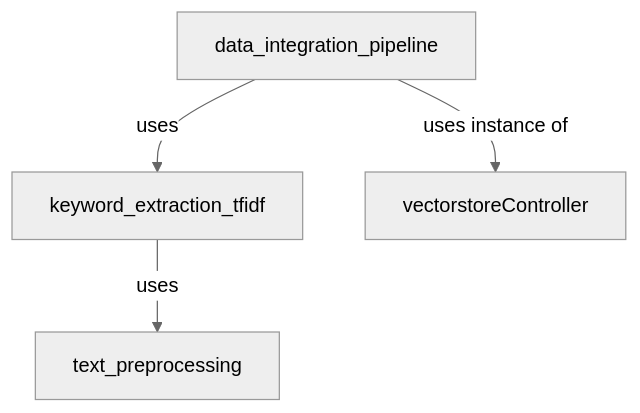
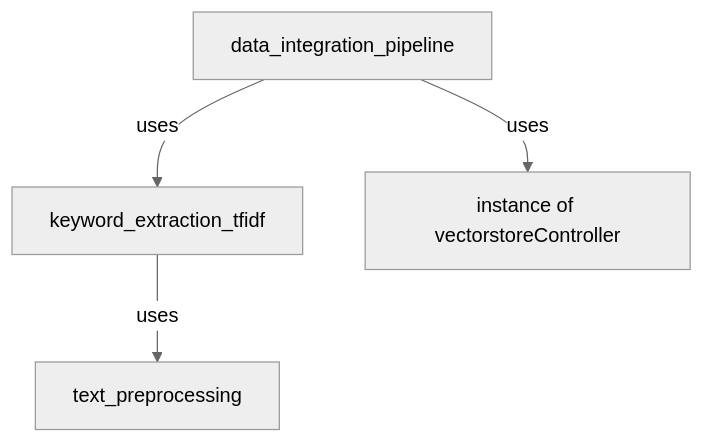
The diagram in README.md (EliasMessner/StudyCompanion), drawn with Mermaid (neutral theme) before and after one commit.

````diff
--- a/README.md
+++ b/README.md
@@ -79,6 +79,6 @@
 ```mermaid
 graph TD
   data_integration_pipeline -- uses --> keyword_extraction_tfidf;
   keyword_extraction_tfidf -- uses --> text_preprocessing;
-  data_integration_pipeline -- uses instance of --> vectorstore_controller[vectorstoreController]
+  data_integration_pipeline -- uses --> vectorstore_controller[instance of vectorstoreController];
 ```
````
